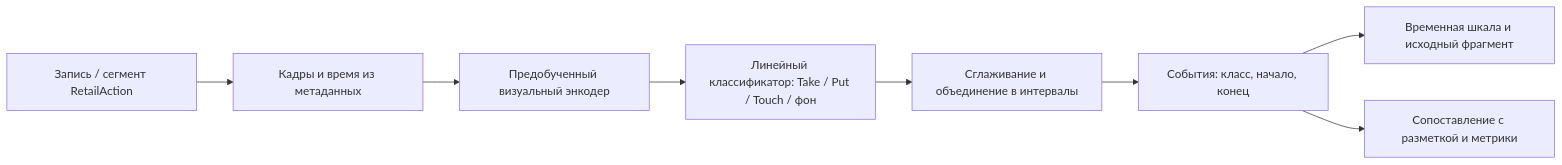
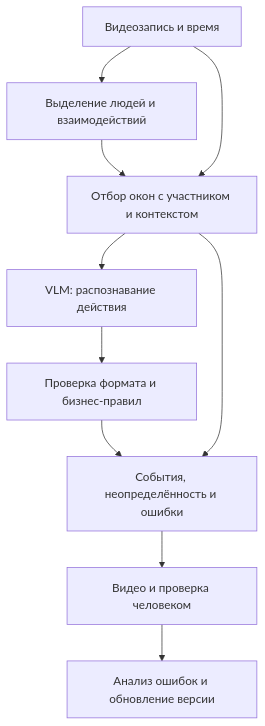
One commit to EgorLeMeilleur/mlsd_itmo changed the second of 2 diagrams in docs/ml_system_design_doc.md. Above: the diagram before and after it, drawn with Mermaid. The commit also changed other lines of this file and 55 other files, not shown here.

````diff
--- a/docs/ml_system_design_doc.md
+++ b/docs/ml_system_design_doc.md
@@ -185,10 +75,12 @@
 ```mermaid
-flowchart LR
-    V["Запись / сегмент RetailAction"] --> T["Кадры и время из метаданных"]
-    T --> F["Предобученный визуальный энкодер"]
-    F --> C["Линейный классификатор: Take / Put / Touch / фон"]
-    C --> S["Сглаживание и объединение в интервалы"]
-    S --> E["События: класс, начало, конец"]
-    E --> U["Временная шкала и исходный фрагмент"]
-    E --> M["Сопоставление с разметкой и метрики"]
+flowchart TD
+    V["Видеозапись и время"] --> P["Выделение людей и взаимодействий"]
+    P --> W["Отбор окон с участником и контекстом"]
+    V --> W
+    W --> M["VLM: распознавание действия"]
+    M --> C["Проверка формата и бизнес-правил"]
+    C --> E["События, неопределённость и ошибки"]
+    W --> E
+    E --> H["Видео и проверка человеком"]
+    H --> A["Анализ ошибок и обновление версии"]
 ```
````
